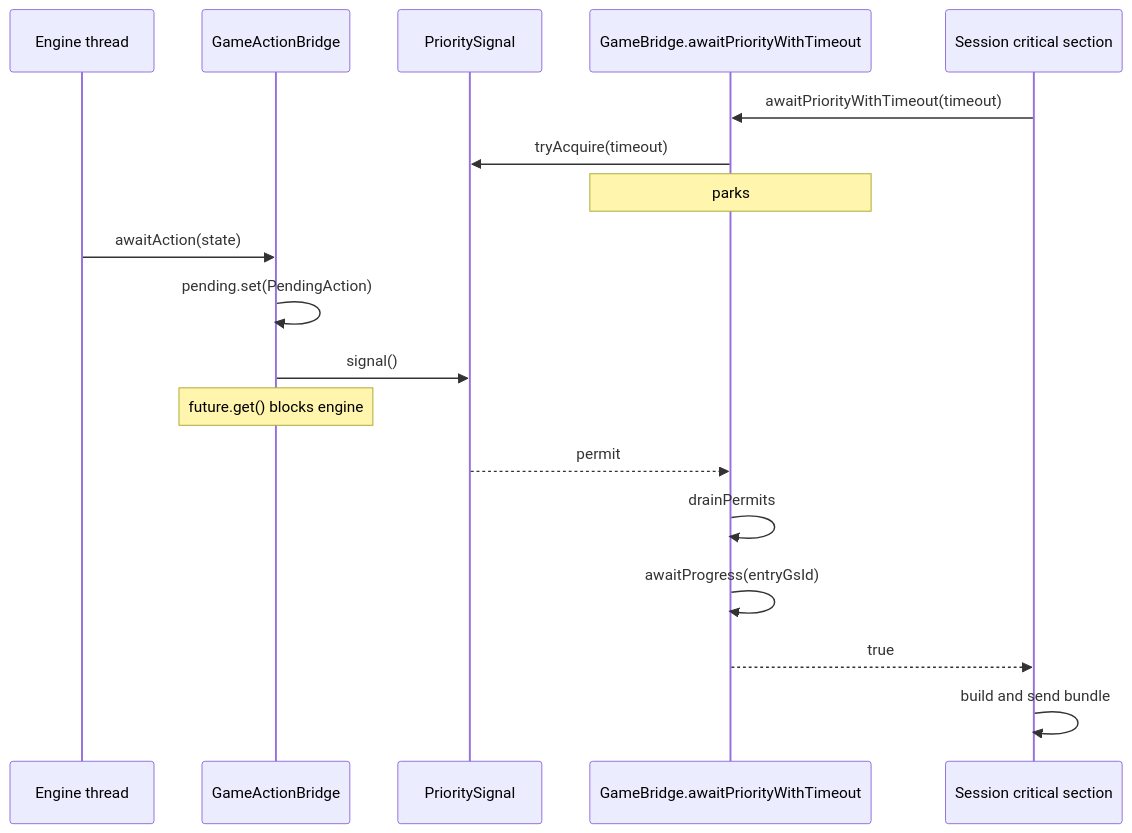
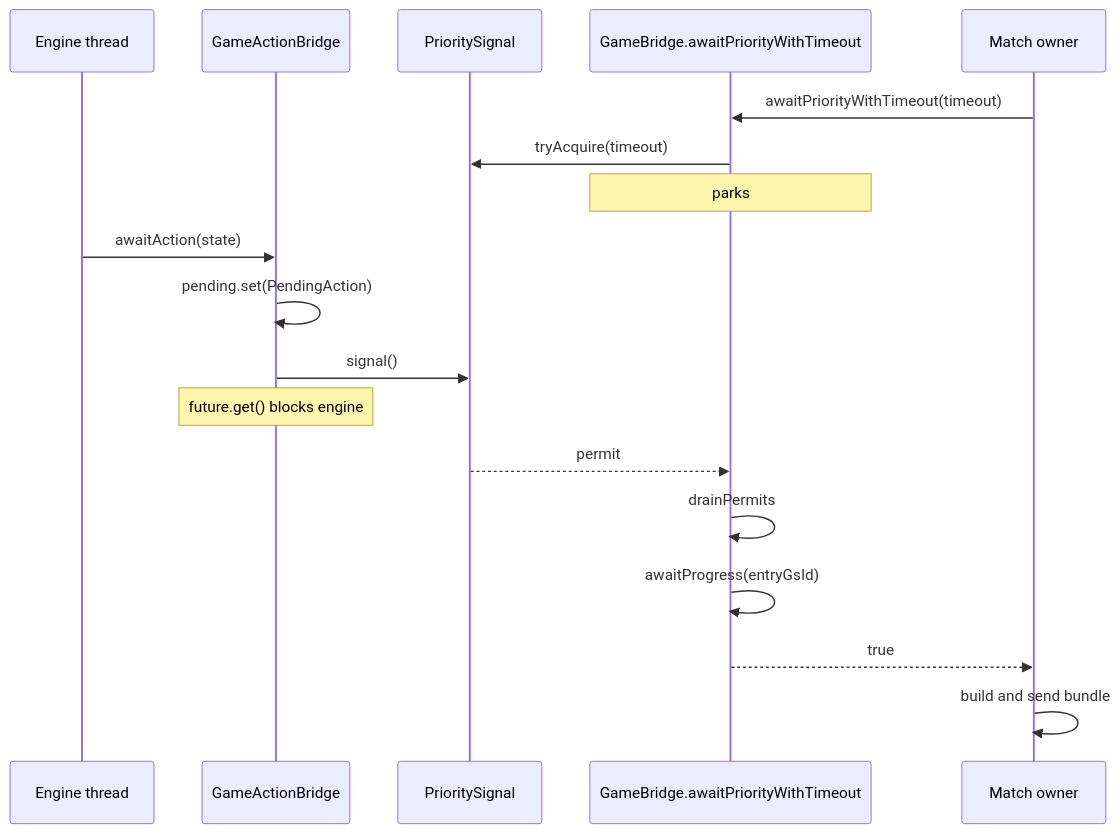
The second of 2 diagrams in docs/bridge-threading.md (delebedev/leyline), drawn with Mermaid before and after one commit. The commit also changed other lines of this file and 14 other files, not shown here.

Commit message:
refactor(engine): serialize match session ownership

````diff
--- a/docs/bridge-threading.md
+++ b/docs/bridge-threading.md
@@ -84,21 +90,21 @@
 ```mermaid
 sequenceDiagram
     participant ENG as Engine thread
     participant AB as GameActionBridge
     participant SIG as PrioritySignal
     participant GB as GameBridge.awaitPriorityWithTimeout
-    participant SESS as Session critical section
+    participant SESS as Match owner
 
     SESS->>GB: awaitPriorityWithTimeout(timeout)
     GB->>SIG: tryAcquire(timeout)
     Note over GB: parks
     ENG->>AB: awaitAction(state)
     AB->>AB: pending.set(PendingAction)
     AB->>SIG: signal()
     Note over AB: future.get() blocks engine
     SIG-->>GB: permit
     GB->>GB: drainPermits
     GB->>GB: awaitProgress(entryGsId)
     GB-->>SESS: true
     SESS->>SESS: build and send bundle
 ```
````
